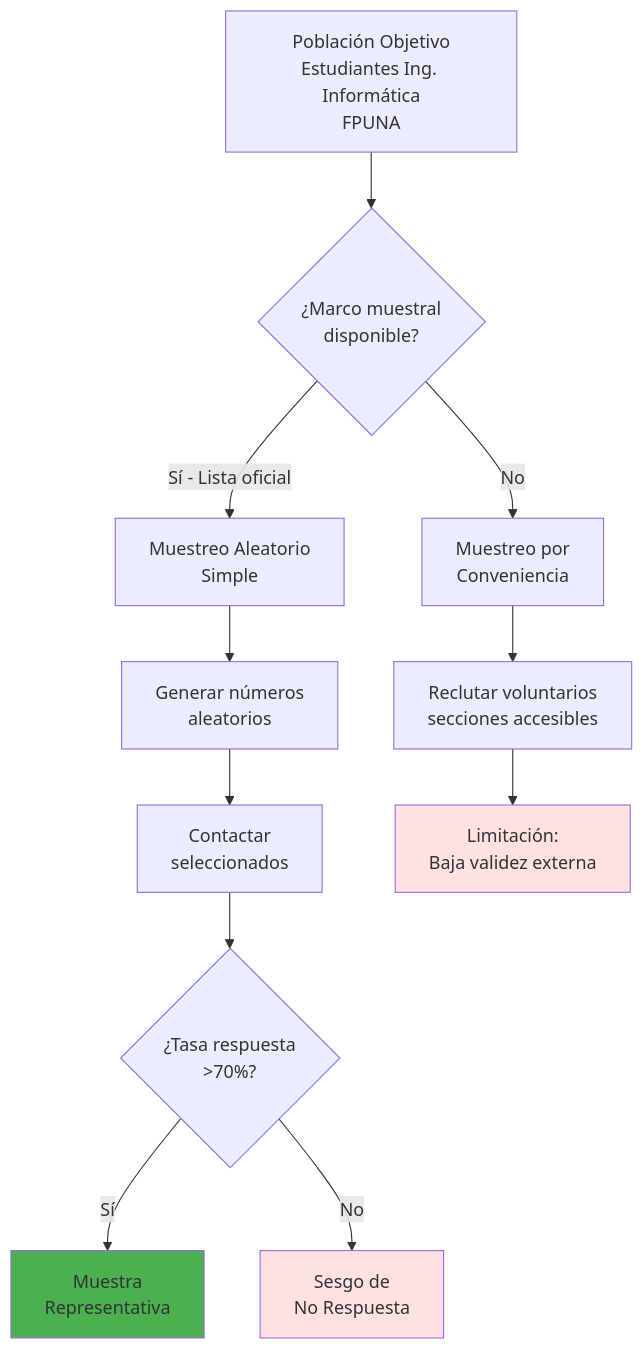
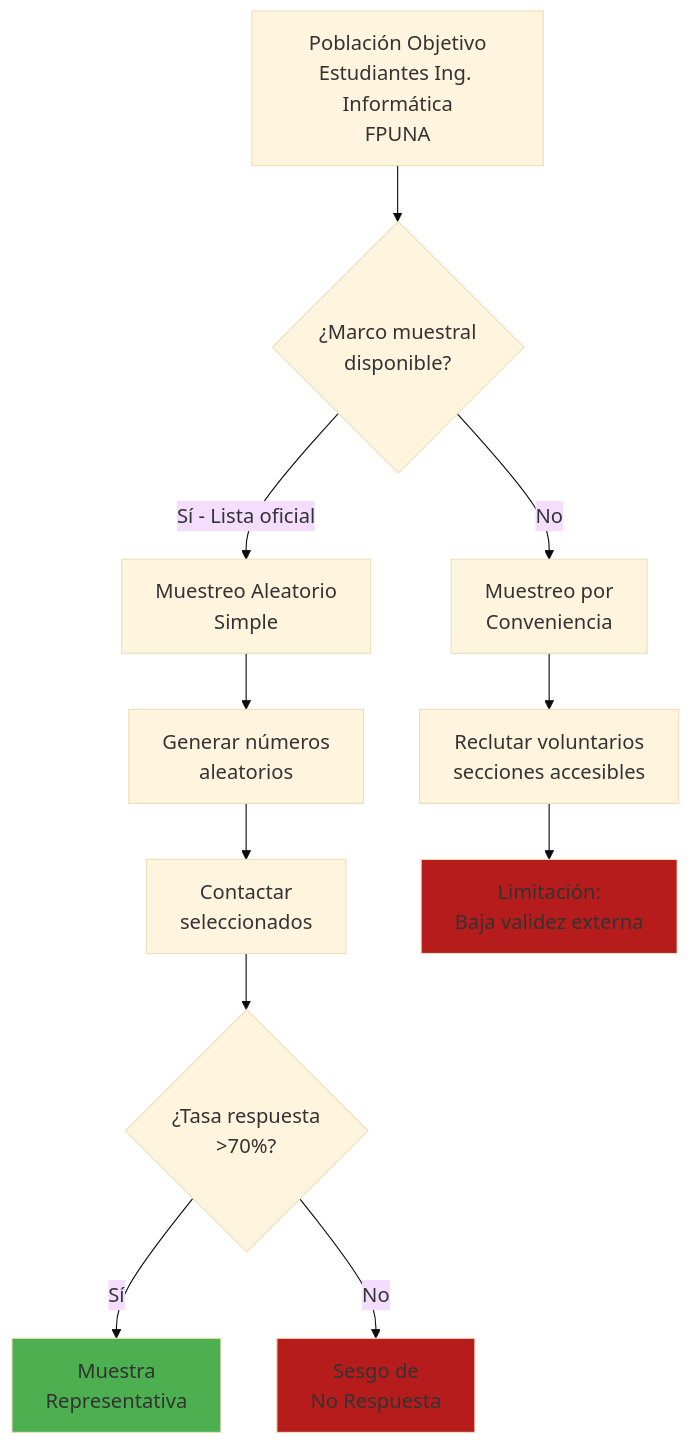
One commit to Ai-Whisperers/Courses-Content changed diagram 12 of 18 in courses/🟡-development/FPUNA-2026/05-INVESTIGACION-ACADEMIA/02-metodologia-investigacion.md. Above: the diagram before and after it, drawn with Mermaid. The commit also changed other lines of this file and 47 other files, not shown here.

First line of the commit message:
fix: Make all 473 diagrams WCAG AAA accessible (FPUNA-2026)

````diff
--- a/courses/🟡-development/FPUNA-2026/05-INVESTIGACION-ACADEMIA/02-metodologia-investigacion.md
+++ b/courses/🟡-development/FPUNA-2026/05-INVESTIGACION-ACADEMIA/02-metodologia-investigacion.md
@@ -545,21 +556,22 @@
 ```mermaid
+%%{init: {'theme':'base', 'themeVariables': {'fontSize':'18px'}}}%%
 graph TD
     A[Población Objetivo<br/>Estudiantes Ing. Informática<br/>FPUNA] --> B{¿Marco muestral<br/>disponible?}
     
     B -->|Sí - Lista oficial| C[Muestreo Aleatorio<br/>Simple]
     B -->|No| D[Muestreo por<br/>Conveniencia]
     
     C --> E[Generar números<br/>aleatorios]
     E --> F[Contactar<br/>seleccionados]
     F --> G{¿Tasa respuesta<br/>>70%?}
     
     G -->|Sí| H[Muestra<br/>Representativa]
     G -->|No| I[Sesgo de<br/>No Respuesta]
     
     D --> J[Reclutar voluntarios<br/>secciones accesibles]
     J --> K[Limitación:<br/>Baja validez externa]
     
     style H fill:#4CAF50
-    style I fill:#FFE1E1
-    style K fill:#FFE1E1
+    style I fill:#b71c1c
+    style K fill:#b71c1c
 ```
````
